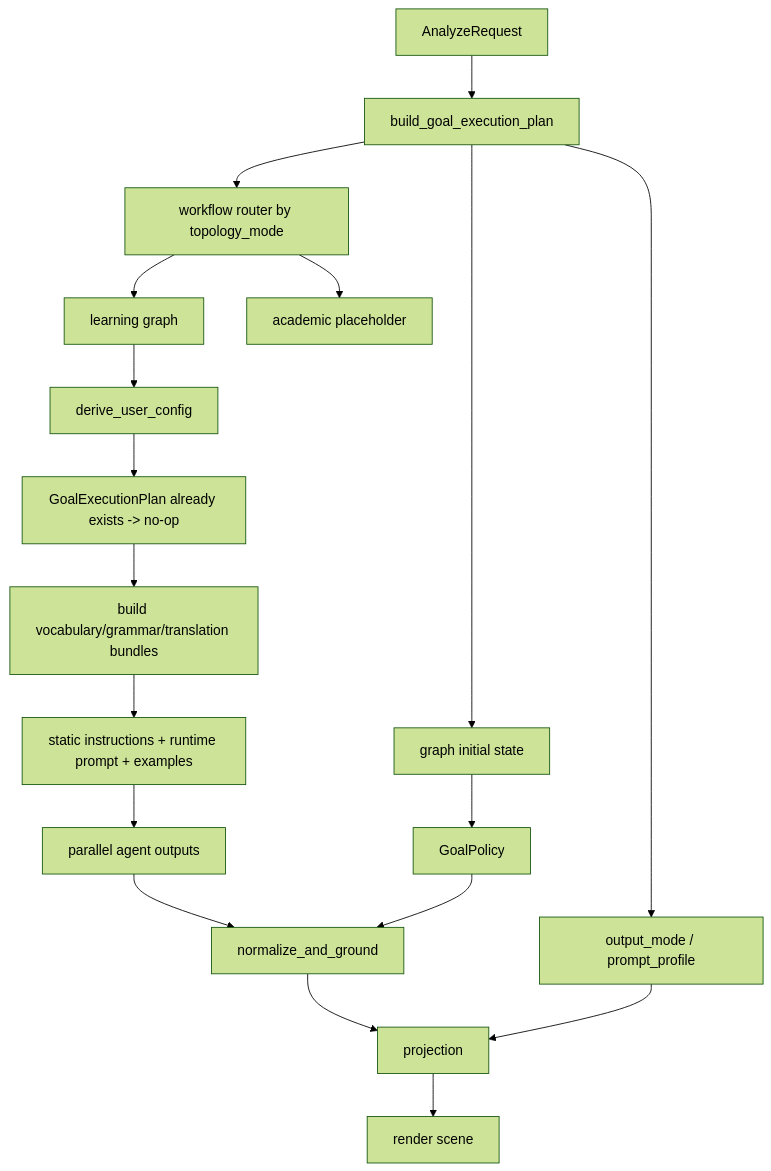
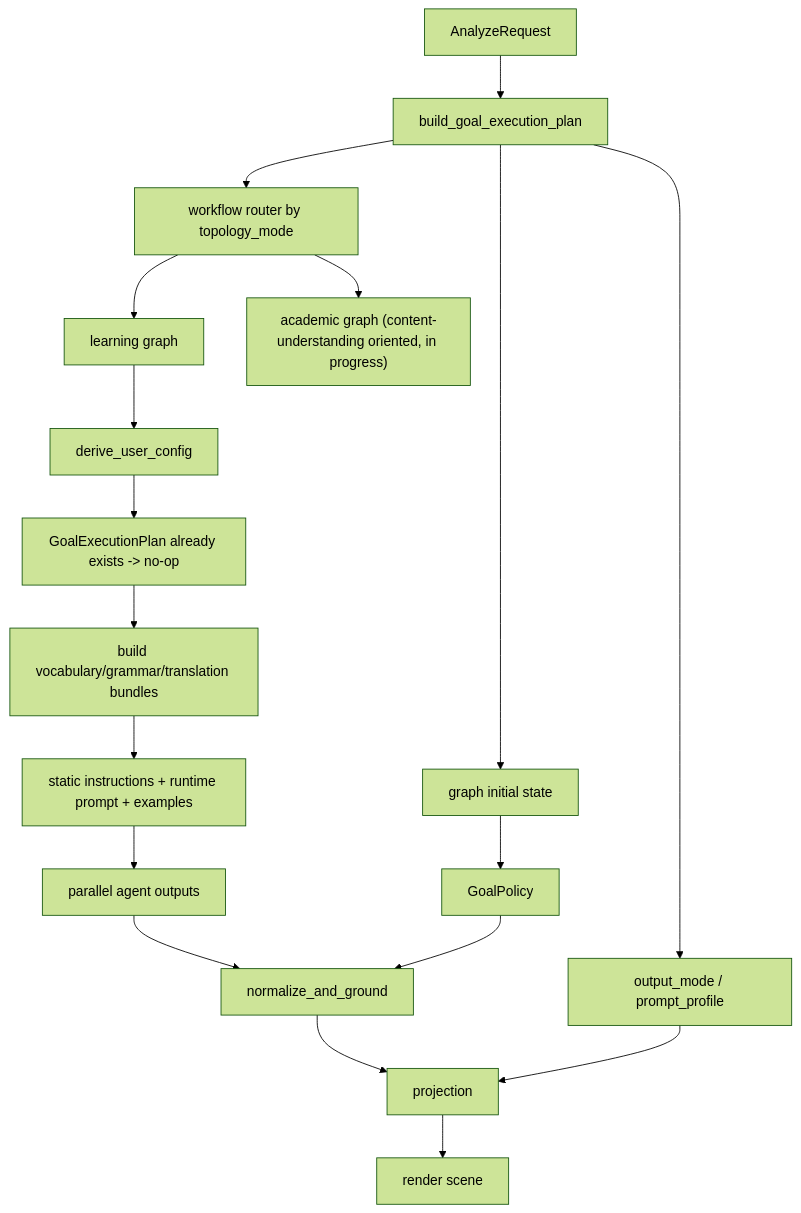
Before and after one commit to NanProduced/interpretation-of-english-articles: the diagram in docs/workflow/v3/differentiated-output-strategy-design.md, drawn with Mermaid (forest theme). The commit also changed other lines of this file, not shown here.

````diff
--- a/docs/workflow/v3/differentiated-output-strategy-design.md
+++ b/docs/workflow/v3/differentiated-output-strategy-design.md
@@ -174,20 +199,20 @@
 ```mermaid
 flowchart TD
     A["AnalyzeRequest"] --> B["build_goal_execution_plan"]
     B --> C["workflow router by topology_mode"]
     B --> D["graph initial state"]
     C --> E["learning graph"]
-    C --> F["academic placeholder"]
+    C --> F["academic graph (content-understanding oriented, in progress)"]
     E --> G["derive_user_config"]
     G --> H["GoalExecutionPlan already exists -> no-op"]
     H --> I["build vocabulary/grammar/translation bundles"]
     I --> J["static instructions + runtime prompt + examples"]
     J --> K["parallel agent outputs"]
     D --> L["GoalPolicy"]
     K --> M["normalize_and_ground"]
     L --> M
     B --> N["output_mode / prompt_profile"]
     M --> O["projection"]
     N --> O
     O --> P["render scene"]
 ```
````
